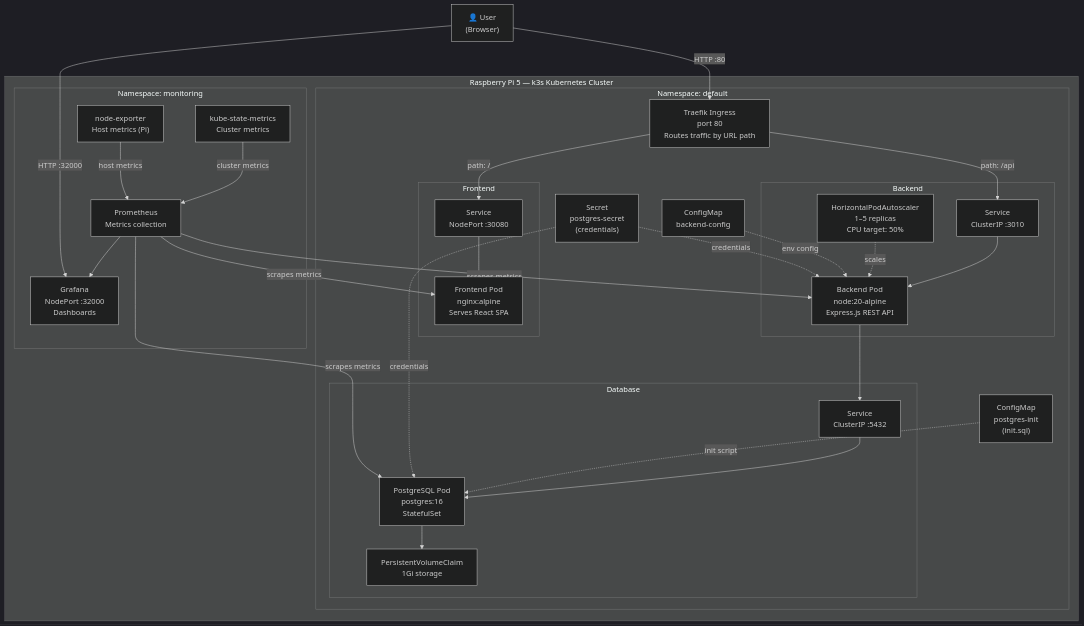
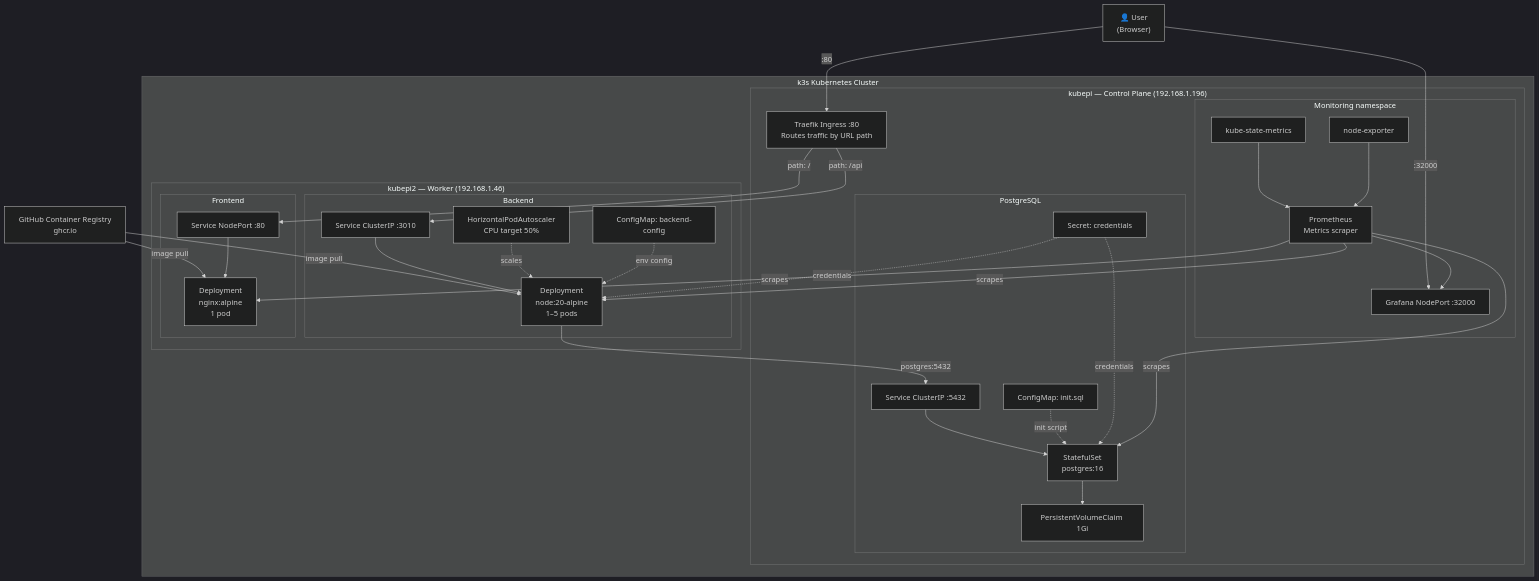
One commit to Karppimc/Kubernetes-Task changed the second of 5 diagrams in ARCHITECTURE.md. Above: the diagram before and after it, drawn with Mermaid (dark theme). The commit also changed other lines of this file, not shown here.

Commit message:
Update container diagram for 2-node cluster

````diff
--- a/ARCHITECTURE.md
+++ b/ARCHITECTURE.md
@@ -23,60 +23,65 @@
 ```mermaid
 graph TD
     User["👤 User\n(Browser)"]
+    GHCR["GitHub Container Registry\nghcr.io"]
 
-    subgraph pi ["Raspberry Pi 5 — k3s Kubernetes Cluster"]
+    subgraph cluster["k3s Kubernetes Cluster"]
 
-        subgraph ns_default ["Namespace: default"]
-            Ingress["Traefik Ingress\nport 80\nRoutes traffic by URL path"]
+        subgraph node1["kubepi — Control Plane (192.168.1.196)"]
 
-            subgraph frontend_group ["Frontend"]
-                FE["Frontend Pod\nnginx:alpine\nServes React SPA"]
-                FE_SVC["Service\nNodePort :30080"]
+            Ingress["Traefik Ingress :80\nRoutes traffic by URL path"]
+
+            subgraph db_group["PostgreSQL"]
+                DB["StatefulSet\npostgres:16"]
+                DB_SVC["Service ClusterIP :5432"]
+                PVC["PersistentVolumeClaim 1Gi"]
+                CM_DB["ConfigMap: init.sql"]
+                SEC["Secret: credentials"]
             end
 
-            subgraph backend_group ["Backend"]
-                BE["Backend Pod\nnode:20-alpine\nExpress.js REST API"]
-                BE_SVC["Service\nClusterIP :3010"]
-                HPA["HorizontalPodAutoscaler\n1–5 replicas\nCPU target: 50%"]
+            subgraph ns_monitoring["Monitoring namespace"]
+                PROM["Prometheus\nMetrics scraper"]
+                GRAF["Grafana NodePort :32000"]
+                KSM["kube-state-metrics"]
+                NE["node-exporter"]
             end
 
-            subgraph db_group ["Database"]
-                DB["PostgreSQL Pod\npostgres:16\nStatefulSet"]
-                DB_SVC["Service\nClusterIP :5432"]
-                PVC["PersistentVolumeClaim\n1Gi storage"]
+        end
+
+        subgraph node2["kubepi2 — Worker (192.168.1.46)"]
+
+            subgraph back_group["Backend"]
+                BE["Deployment\nnode:20-alpine\n1–5 pods"]
+                BE_SVC["Service ClusterIP :3010"]
+                HPA["HorizontalPodAutoscaler\nCPU target 50%"]
+                CM_BE["ConfigMap: backend-config"]
             end
 
-            CM_BE["ConfigMap\nbackend-config"]
-            CM_DB["ConfigMap\npostgres-init\n(init.sql)"]
-            SEC["Secret\npostgres-secret\n(credentials)"]
-        end
+            subgraph front_group["Frontend"]
+                FE["Deployment\nnginx:alpine\n1 pod"]
+                FE_SVC["Service NodePort :80"]
+            end
 
-        subgraph ns_monitoring ["Namespace: monitoring"]
-            PROM["Prometheus\nMetrics collection"]
-            GRAF["Grafana\nNodePort :32000\nDashboards"]
-            KSM["kube-state-metrics\nCluster metrics"]
-            NE["node-exporter\nHost metrics (Pi)"]
         end
 
     end
 
-    User -->|"HTTP :80"| Ingress
+    User -->|":80"| Ingress
+    User -->|":32000"| GRAF
+    GHCR -->|"image pull"| BE
+    GHCR -->|"image pull"| FE
+    Ingress -->|"path: /api"| BE_SVC --> BE
     Ingress -->|"path: /"| FE_SVC --> FE
-    Ingress -->|"path: /api"| BE_SVC --> BE
-    BE --> DB_SVC --> DB
-    DB --> PVC
+    BE -->|"postgres:5432"| DB_SVC --> DB --> PVC
     HPA -.->|"scales"| BE
     CM_BE -.->|"env config"| BE
     CM_DB -.->|"init script"| DB
     SEC -.->|"credentials"| BE
     SEC -.->|"credentials"| DB
-
-    PROM -->|"scrapes metrics"| BE
-    PROM -->|"scrapes metrics"| FE
-    PROM -->|"scrapes metrics"| DB
-    KSM -->|"cluster metrics"| PROM
-    NE -->|"host metrics"| PROM
+    PROM -->|"scrapes"| BE
+    PROM -->|"scrapes"| FE
+    PROM -->|"scrapes"| DB
+    KSM --> PROM
+    NE --> PROM
     PROM --> GRAF
-
-    User -->|"HTTP :32000"| GRAF
 ```
````
